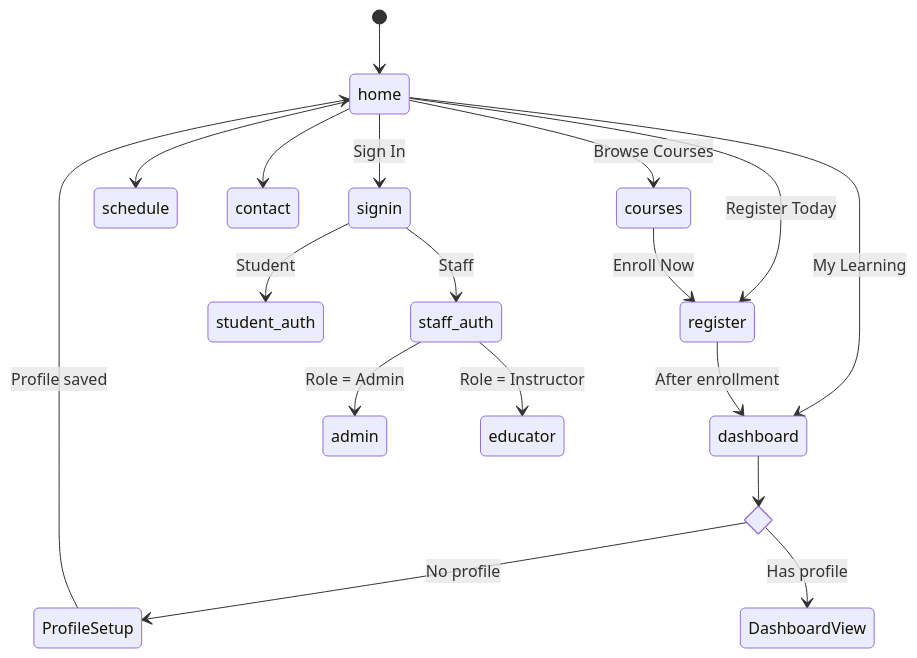
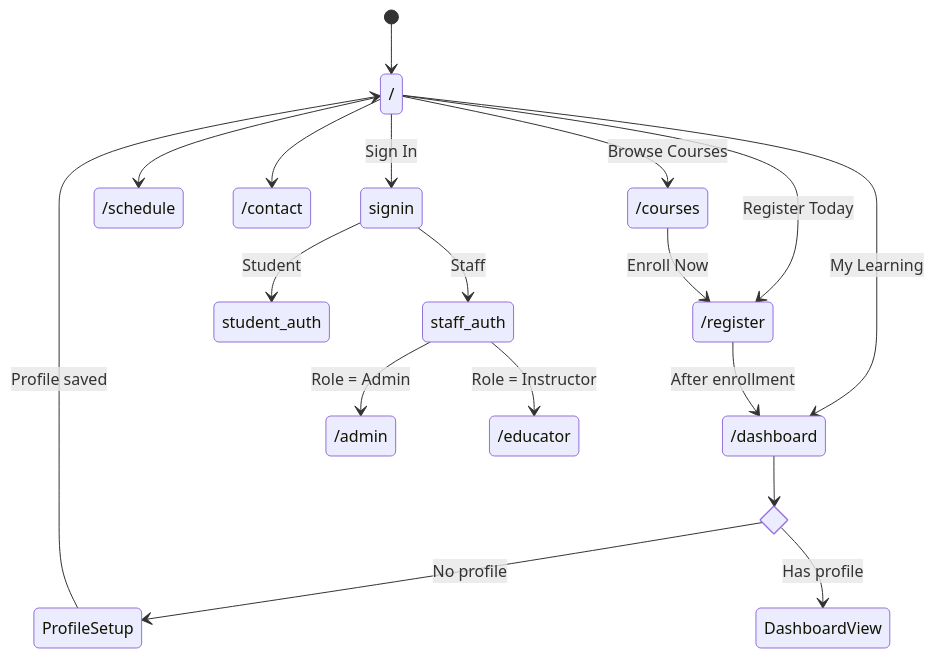
One commit to tilio3x/techbridge-institute changed the second of 3 diagrams in docs/frontend.md. Above: the diagram before and after it, drawn with Mermaid. The commit also changed other lines of this file and 3 other files, not shown here.

First line of the commit message:
docs: update documentation for modular architecture

````diff
--- a/docs/frontend.md
+++ b/docs/frontend.md
@@ -47,24 +83,24 @@
 ```mermaid
 stateDiagram-v2
-    [*] --> home
-    home --> courses: Browse Courses
-    home --> register: Register Today
-    courses --> register: Enroll Now
-    home --> schedule
-    home --> contact
-    home --> dashboard: My Learning
+    [*] --> /
+    / --> /courses: Browse Courses
+    / --> /register: Register Today
+    /courses --> /register: Enroll Now
+    / --> /schedule
+    / --> /contact
+    / --> /dashboard: My Learning
 
-    register --> dashboard: After enrollment
+    /register --> /dashboard: After enrollment
 
     state auth_check <<choice>>
-    dashboard --> auth_check
+    /dashboard --> auth_check
     auth_check --> ProfileSetup: No profile
     auth_check --> DashboardView: Has profile
-    ProfileSetup --> home: Profile saved
+    ProfileSetup --> /: Profile saved
 
-    home --> signin: Sign In
+    / --> signin: Sign In
     signin --> student_auth: Student
     signin --> staff_auth: Staff
-    staff_auth --> admin: Role = Admin
-    staff_auth --> educator: Role = Instructor
+    staff_auth --> /admin: Role = Admin
+    staff_auth --> /educator: Role = Instructor
 ```
````
